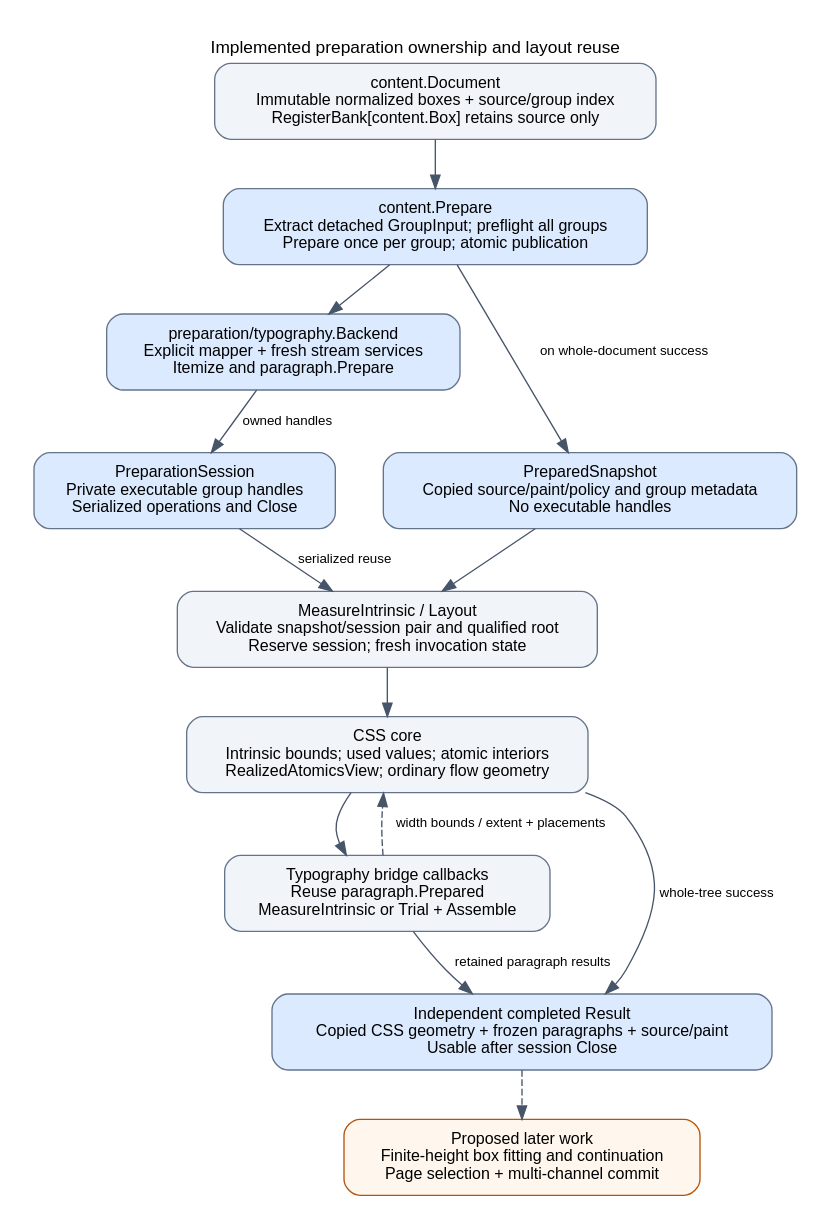
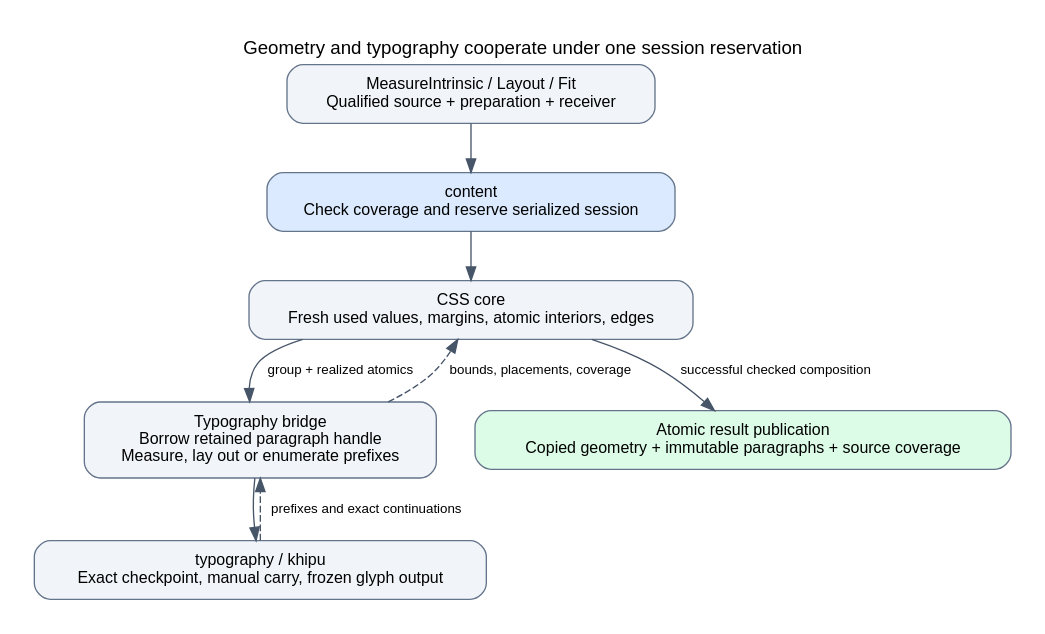
Before and after one commit to npillmayer/pagelayout: the diagram in doc/diagrams/preparation-interactions.dot, drawn with Graphviz. The commit also changed 77 other files, not shown here.

```diff
--- a/doc/diagrams/preparation-interactions.dot
+++ b/doc/diagrams/preparation-interactions.dot
@@ -1,29 +1,20 @@
-digraph PreparationInteractions {
-  graph [rankdir=TB, bgcolor="white", pad=0.25, nodesep=0.5, ranksep=0.5,
-         fontname="Helvetica", fontsize=13,
-         label="Implemented preparation ownership and layout reuse", labelloc=t];
+digraph Layout {
+  graph [rankdir=TB, bgcolor="white", pad=0.25, nodesep=0.4, ranksep=0.5,
+         fontname="Helvetica", fontsize=14];
   node [shape=box, style="rounded,filled", fillcolor="#f1f5f9", color="#64748b",
         fontname="Helvetica", fontsize=12, margin="0.18,0.12"];
   edge [color="#475569", fontname="Helvetica", fontsize=10];
-  doc [label="content.Document\nImmutable normalized boxes + source/group index\nRegisterBank[content.Box] retains source only"];
-  prepare [label="content.Prepare\nExtract detached GroupInput; preflight all groups\nPrepare once per group; atomic publication", fillcolor="#dbeafe"];
-  backend [label="preparation/typography.Backend\nExplicit mapper + fresh stream services\nItemize and paragraph.Prepare", fillcolor="#dbeafe"];
-  snapshot [label="PreparedSnapshot\nCopied source/paint/policy and group metadata\nNo executable handles", fillcolor="#dbeafe"];
-  session [label="PreparationSession\nPrivate executable group handles\nSerialized operations and Close", fillcolor="#dbeafe"];
-  invoke [label="MeasureIntrinsic / Layout\nValidate snapshot/session pair and qualified root\nReserve session; fresh invocation state"];
-  core [label="CSS core\nIntrinsic bounds; used values; atomic interiors\nRealizedAtomicsView; ordinary flow geometry"];
-  bridge [label="Typography bridge callbacks\nReuse paragraph.Prepared\nMeasureIntrinsic or Trial + Assemble"];
-  result [label="Independent completed Result\nCopied CSS geometry + frozen paragraphs + source/paint\nUsable after session Close", fillcolor="#dbeafe"];
-  fit [label="Proposed later work\nFinite-height box fitting and continuation\nPage selection + multi-channel commit", fillcolor="#fff7ed", color="#b45309"];
-  doc -> prepare -> backend;
-  prepare -> snapshot [label="on whole-document success"];
-  backend -> session [label="owned handles"];
-  snapshot -> invoke;
-  session -> invoke [label="serialized reuse"];
-  invoke -> core -> bridge;
-  bridge -> core [label="width bounds / extent + placements", style=dashed];
-  core -> result [label="whole-tree success"];
-  bridge -> result [label="retained paragraph results"];
-  result -> fit [style=dashed];
-  { rank=same; snapshot; session; }
+  graph [label="Geometry and typography cooperate under one session reservation", labelloc=t];
+  call [label="MeasureIntrinsic / Layout / Fit\nQualified source + preparation + receiver"];
+  reserve [label="content\nCheck coverage and reserve serialized session", fillcolor="#dbeafe"];
+  core [label="CSS core\nFresh used values, margins, atomic interiors, edges"];
+  bridge [label="Typography bridge\nBorrow retained paragraph handle\nMeasure, lay out or enumerate prefixes"];
+  paragraph [label="typography / khipu\nExact checkpoint, manual carry, frozen glyph output"];
+  result [label="Atomic result publication\nCopied geometry + immutable paragraphs + source coverage", fillcolor="#dcfce7"];
+  call -> reserve -> core;
+  core -> bridge [label="group + realized atomics"];
+  bridge -> paragraph;
+  paragraph -> bridge [label="prefixes and exact continuations", style=dashed];
+  bridge -> core [label="bounds, placements, coverage", style=dashed];
+  core -> result [label="successful checked composition"];
 }
```
